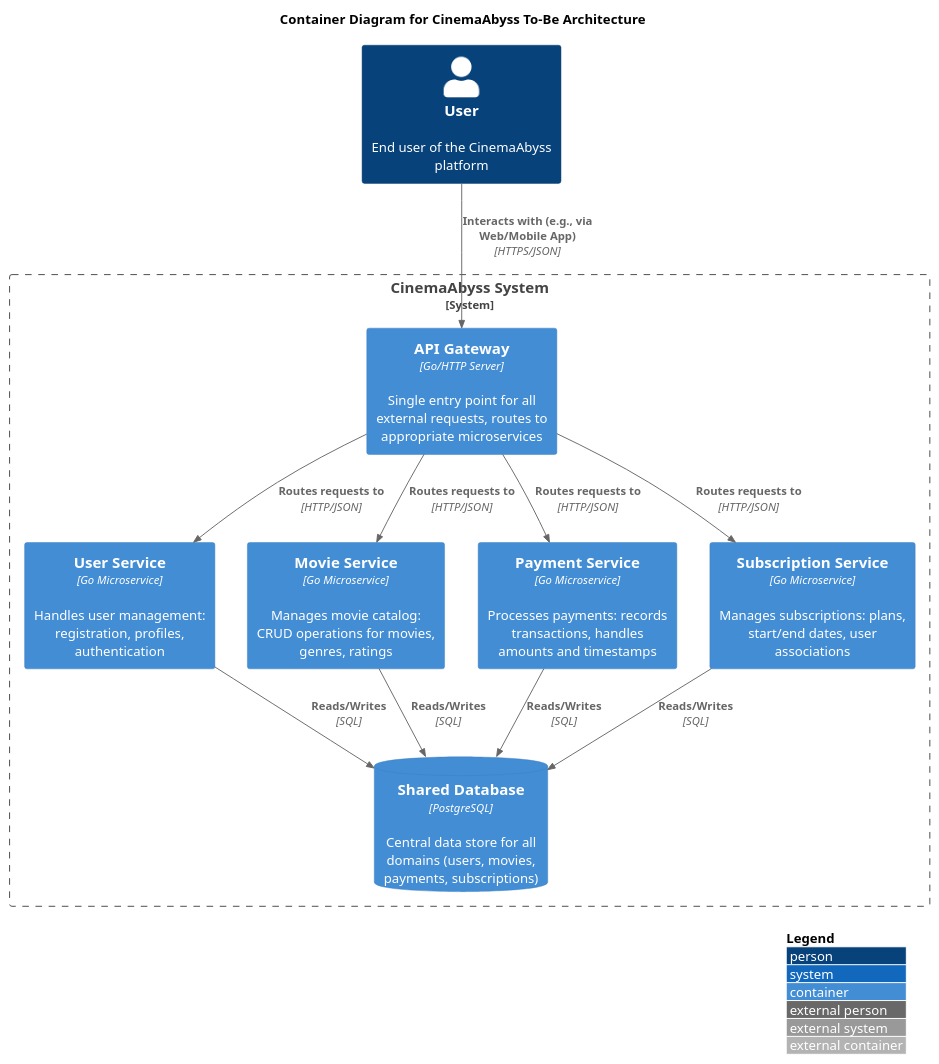
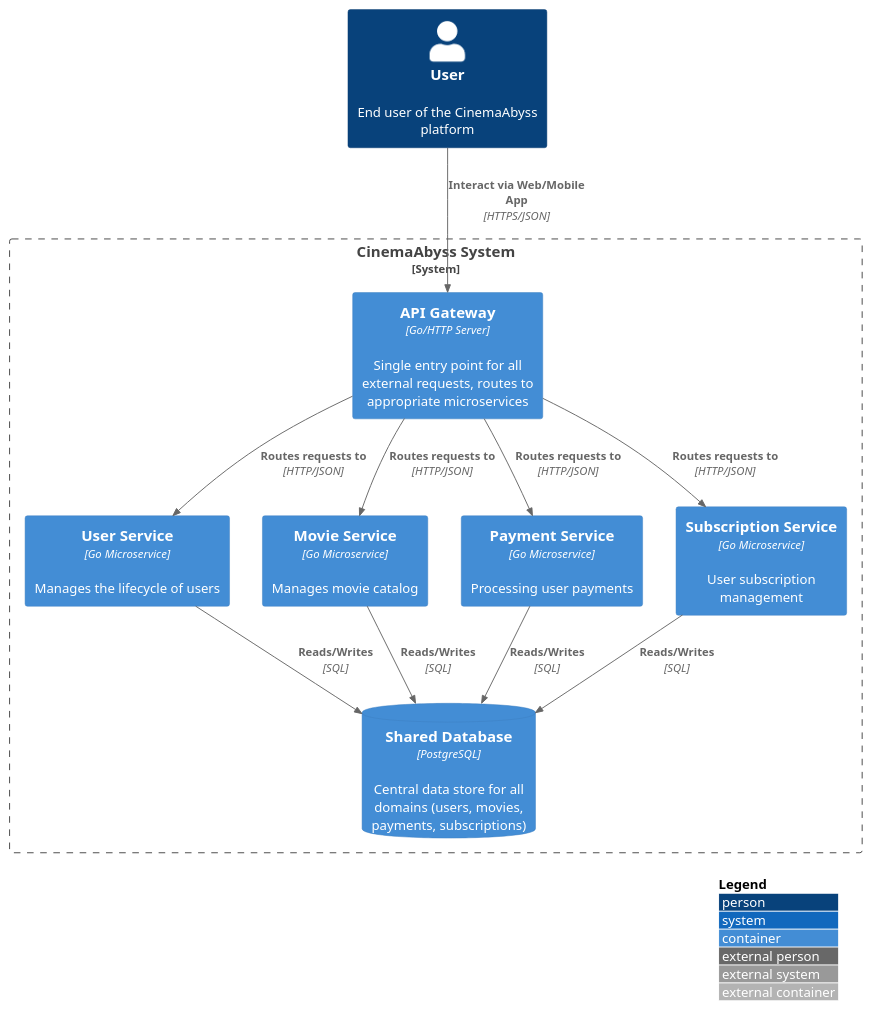
The diagram in diagrams/C4/C4_container_diagramm.puml (EkaterinaChuvakhina/architecture-pro-cinemaabyss), drawn with PlantUML before and after one commit. The commit also changed 25 other files, not shown here.

```diff
--- a/diagrams/C4/C4_container_diagramm.puml
+++ b/diagrams/C4/C4_container_diagramm.puml
@@ -1,36 +1,34 @@
 @startuml
 !include https://raw.githubusercontent.com/plantuml-stdlib/C4-PlantUML/master/C4_Container.puml
-
-title Container Diagram for CinemaAbyss To-Be Architecture
 
 Person(user, "User", "End user of the CinemaAbyss platform")
 
 System_Boundary(cinema_abyss, "CinemaAbyss System") {
     Container(api_gateway, "API Gateway", "Go/HTTP Server", "Single entry point for all external requests, routes to appropriate microservices")
 
-    Container(user_service, "User Service", "Go Microservice", "Handles user management: registration, profiles, authentication")
+    Container(user_service, "User Service", "Go Microservice", "Manages the lifecycle of users")
 
-    Container(movie_service, "Movie Service", "Go Microservice", "Manages movie catalog: CRUD operations for movies, genres, ratings")
+    Container(movie_service, "Movie Service", "Go Microservice", "Manages movie catalog")
 
-    Container(payment_service, "Payment Service", "Go Microservice", "Processes payments: records transactions, handles amounts and timestamps")
+    Container(payment_service, "Payment Service", "Go Microservice", "Processing user payments")
 
-    Container(subscription_service, "Subscription Service", "Go Microservice", "Manages subscriptions: plans, start/end dates, user associations")
+    Container(subscription_service, "Subscription Service", "Go Microservice", "User subscription management")
 
     ContainerDb(shared_db, "Shared Database", "PostgreSQL", "Central data store for all domains (users, movies, payments, subscriptions)")
 }
 
-Rel(user, api_gateway, "Interacts with (e.g., via Web/Mobile App)", "HTTPS/JSON")
+Rel(user, api_gateway, "Interact via Web/Mobile App", "HTTPS/JSON")
 
 Rel(api_gateway, user_service, "Routes requests to", "HTTP/JSON")
 Rel(api_gateway, movie_service, "Routes requests to", "HTTP/JSON")
 Rel(api_gateway, payment_service, "Routes requests to", "HTTP/JSON")
 Rel(api_gateway, subscription_service, "Routes requests to", "HTTP/JSON")
 
 Rel(user_service, shared_db, "Reads/Writes", "SQL")
 Rel(movie_service, shared_db, "Reads/Writes", "SQL")
 Rel(payment_service, shared_db, "Reads/Writes", "SQL")
 Rel(subscription_service, shared_db, "Reads/Writes", "SQL")
 
 
 LAYOUT_WITH_LEGEND()
 @enduml
```
